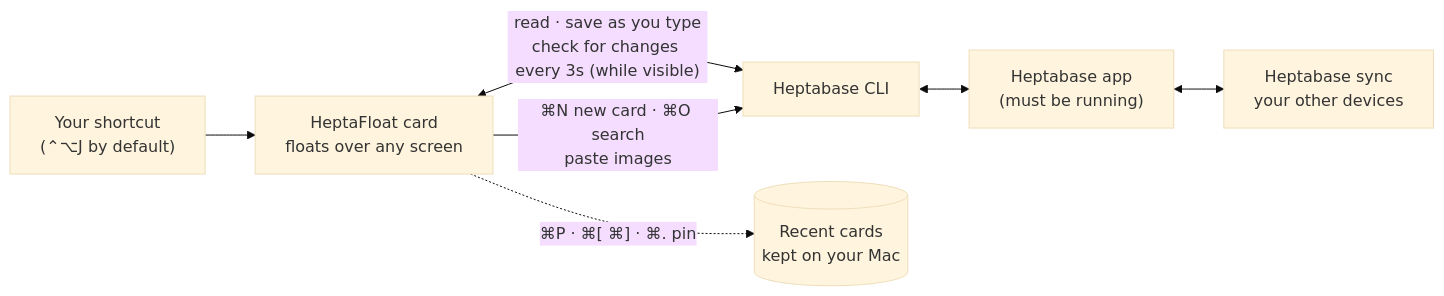
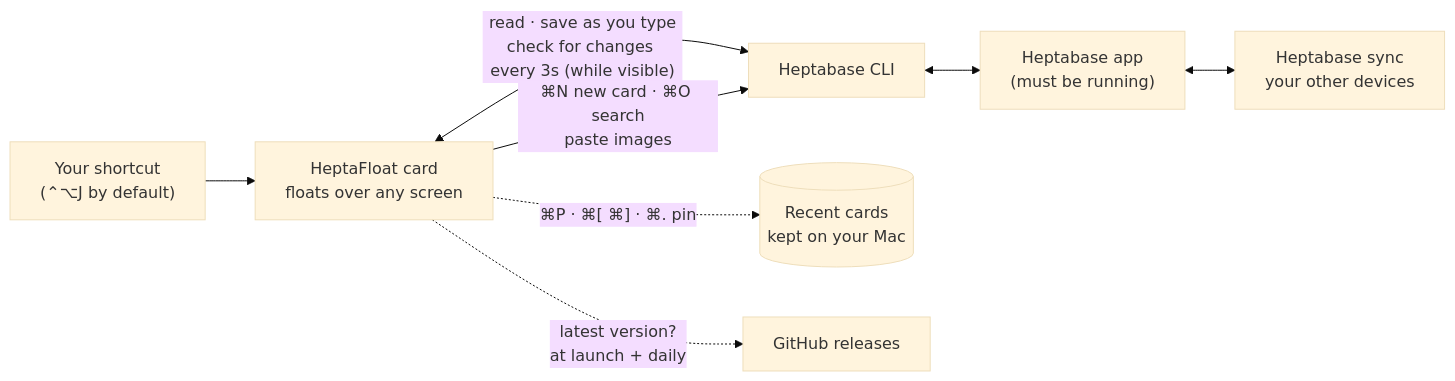
Before and after one commit to fred1357944/heptafloat: the diagram in README.md, drawn with Mermaid (base theme). The commit also changed other lines of this file, not shown here.

First line of the commit message:
README: updating, release rules, GitHub in the diagram

````diff
--- a/README.md
+++ b/README.md
@@ -135,9 +135,10 @@
 ```mermaid
 flowchart LR
   K["Your shortcut<br/>(⌃⌥J by default)"] --> C["HeptaFloat card<br/>floats over any screen"]
   C <-->|"read · save as you type<br/>check for changes every 3s (while visible)"| CLI["Heptabase CLI"]
   C -->|"⌘N new card · ⌘O search<br/>paste images"| CLI
   CLI <--> H["Heptabase app<br/>(must be running)"]
   H <--> S["Heptabase sync<br/>your other devices"]
   C -.->|"⌘P · ⌘[ ⌘] · ⌘. pin"| R[("Recent cards<br/>kept on your Mac")]
+  C -.->|"latest version?<br/>at launch + daily"| G["GitHub releases"]
 ```
````
